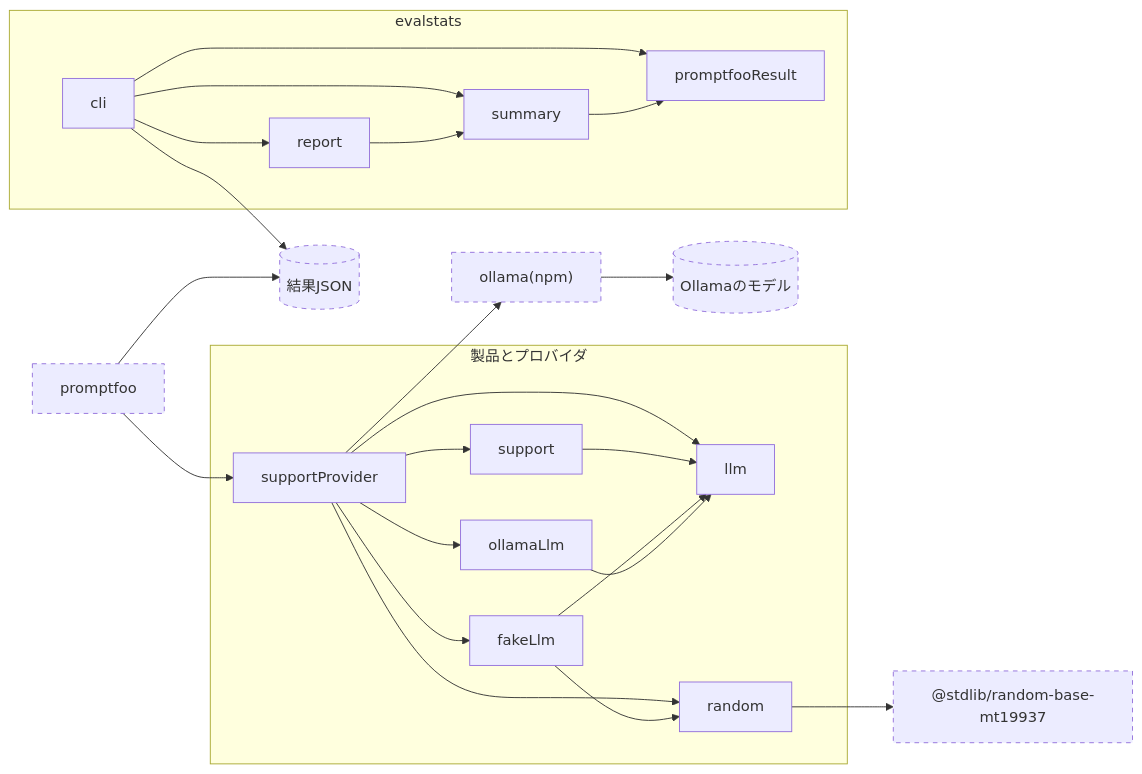
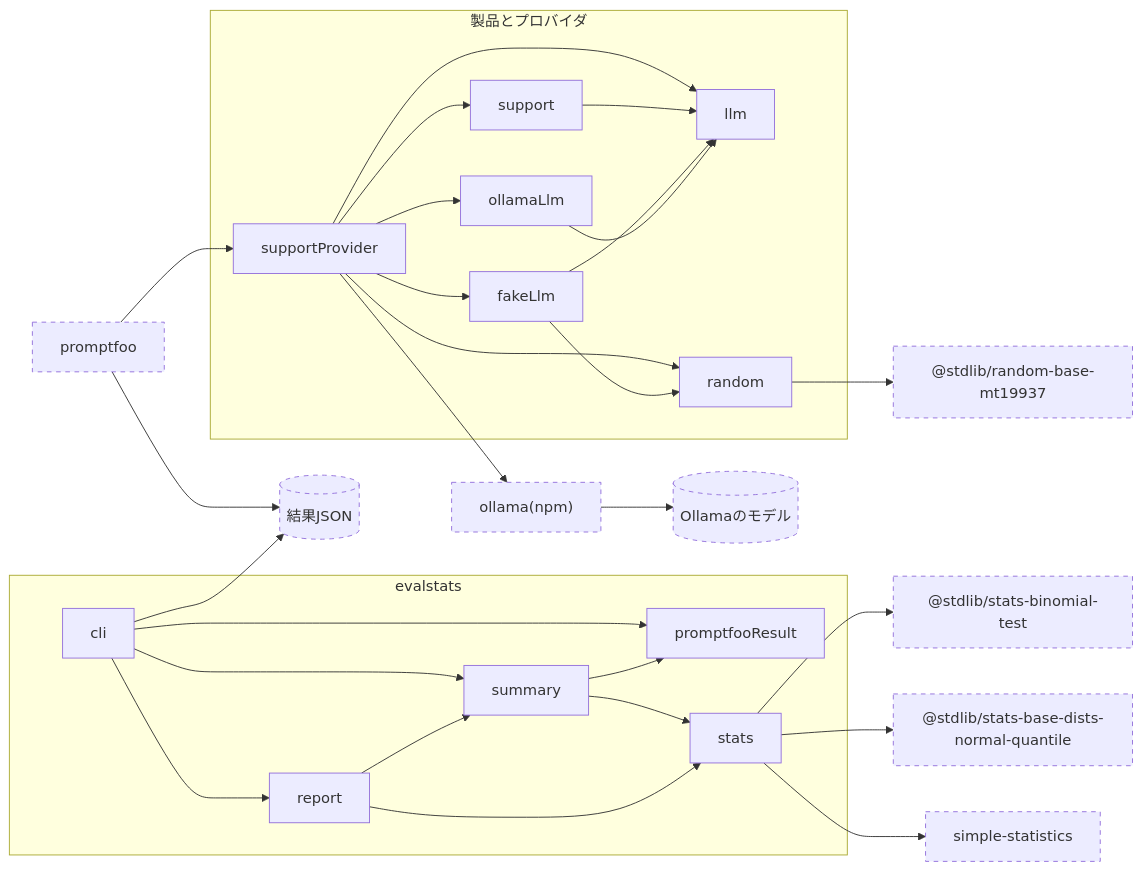
Before and after one commit to enunun/llm-evaluation-handson: the diagram in iterations/iteration-2/solution/design/modules.md, drawn with Mermaid. The commit also changed other lines of this file and 14 other files, not shown here.

````diff
--- a/iterations/iteration-2/solution/design/modules.md
+++ b/iterations/iteration-2/solution/design/modules.md
@@ -6,47 +6,56 @@
 ```mermaid
 flowchart LR
   promptfoo[promptfoo]:::external
   ollamaClient["ollama(npm)"]:::external
   ollamaServer[(Ollamaのモデル)]:::external
   resultFile[(結果JSON)]:::external
   stdlibMt19937["@stdlib/random-base-mt19937"]:::external
+  stdlibBinomial["@stdlib/stats-binomial-test"]:::external
+  stdlibNormal["@stdlib/stats-base-dists-normal-quantile"]:::external
+  simpleStatistics[simple-statistics]:::external
 
   subgraph product[製品とプロバイダ]
     supportProvider
     support
     llm
     fakeLlm
     ollamaLlm
     random
   end
 
   subgraph evalstats[evalstats]
     cli
     promptfooResult
     summary
+    stats
     report
   end
 
   promptfoo --> supportProvider
   promptfoo --> resultFile
   supportProvider --> support
   supportProvider --> fakeLlm
   supportProvider --> ollamaLlm
   supportProvider --> llm
   supportProvider --> ollamaClient
   supportProvider --> random
   support --> llm
   fakeLlm --> llm
   fakeLlm --> random
   ollamaLlm --> llm
   random --> stdlibMt19937
   ollamaClient --> ollamaServer
   cli --> promptfooResult
   cli --> summary
   cli --> report
   cli --> resultFile
   summary --> promptfooResult
+  summary --> stats
   report --> summary
+  report --> stats
+  stats --> stdlibBinomial
+  stats --> stdlibNormal
+  stats --> simpleStatistics
 
   classDef external stroke-dasharray: 5 5
 ```
````
